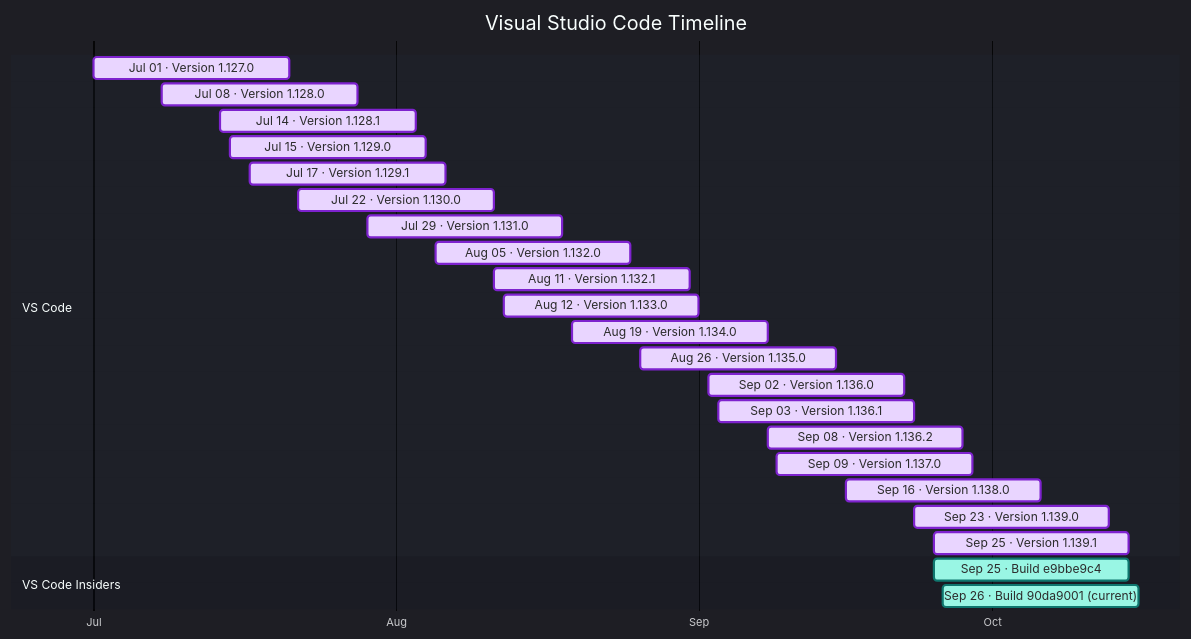
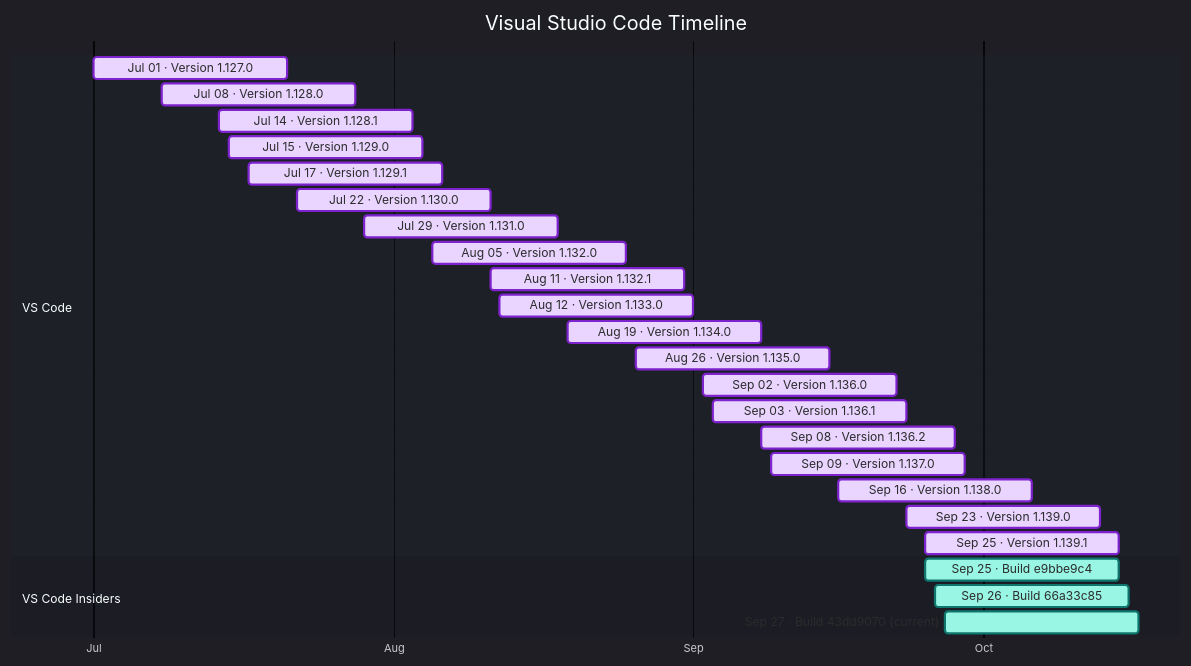
Before and after one commit to Oxelya-DevTools/VisualStudioUpdate: the diagram in docs/vscode.md, drawn with Mermaid. The commit also changed other lines of this file and 1 other file, not shown here.

````diff
--- a/docs/vscode.md
+++ b/docs/vscode.md
@@ -9,31 +9,32 @@
 ```mermaid
 %%{init: {'theme':'dark','themeVariables': { 'fontFamily': 'Segoe UI', 'fontSize': '24px', 'textColor': '#F3F4F6', 'titleTextColor': '#FFFFFF', 'taskTextColor': '#111827', 'taskTextLightColor': '#111827', 'taskTextOutsideColor': '#F3F4F6', 'taskBkgColor': '#BAE6FD', 'taskBorderColor': '#0369A1', 'doneTaskBkgColor': '#E9D5FF', 'doneTaskBorderColor': '#7E22CE', 'activeTaskBkgColor': '#99F6E4', 'activeTaskBorderColor': '#0F766E', 'critTaskBkgColor': '#FED7AA', 'critTaskBorderColor': '#C2410C', 'sectionBkgColor': '#1F2937', 'altSectionBkgColor': '#111827', 'gridColor': '#4B5563', 'todayLineColor': '#F87171' }}}%%
 gantt
     title Visual Studio Code Timeline
     dateFormat  YYYY-MM-DD
     axisFormat  %b
     tickInterval 1month
     section VS Code
     Jul 01 · Version 1.127.0 : done, vscode202607010, 2026-07-01, 20d
     Jul 08 · Version 1.128.0 : done, vscode202607081, 2026-07-08, 20d
     Jul 14 · Version 1.128.1 : done, vscode202607142, 2026-07-14, 20d
     Jul 15 · Version 1.129.0 : done, vscode202607153, 2026-07-15, 20d
     Jul 17 · Version 1.129.1 : done, vscode202607174, 2026-07-17, 20d
     Jul 22 · Version 1.130.0 : done, vscode202607225, 2026-07-22, 20d
     Jul 29 · Version 1.131.0 : done, vscode202607296, 2026-07-29, 20d
     Aug 05 · Version 1.132.0 : done, vscode202608057, 2026-08-05, 20d
     Aug 11 · Version 1.132.1 : done, vscode202608118, 2026-08-11, 20d
     Aug 12 · Version 1.133.0 : done, vscode202608129, 2026-08-12, 20d
     Aug 19 · Version 1.134.0 : done, vscode2026081910, 2026-08-19, 20d
     Aug 26 · Version 1.135.0 : done, vscode2026082611, 2026-08-26, 20d
     Sep 02 · Version 1.136.0 : done, vscode2026090212, 2026-09-02, 20d
     Sep 03 · Version 1.136.1 : done, vscode2026090313, 2026-09-03, 20d
     Sep 08 · Version 1.136.2 : done, vscode2026090814, 2026-09-08, 20d
     Sep 09 · Version 1.137.0 : done, vscode2026090915, 2026-09-09, 20d
     Sep 16 · Version 1.138.0 : done, vscode2026091616, 2026-09-16, 20d
     Sep 23 · Version 1.139.0 : done, vscode2026092317, 2026-09-23, 20d
     Sep 25 · Version 1.139.1 : done, vscode2026092518, 2026-09-25, 20d
     section VS Code Insiders
     Sep 25 · Build e9bbe9c4 : active, vscodeinsiders202609250, 2026-09-25, 20d
-    Sep 26 · Build 90da9001 (current) : active, vscodeinsiders202609261, 2026-09-26, 20d
+    Sep 26 · Build 66a33c85 : active, vscodeinsiders202609261, 2026-09-26, 20d
+    Sep 27 · Build 43dd9070 (current) : active, vscodeinsiders202609272, 2026-09-27, 20d
 ```
````
